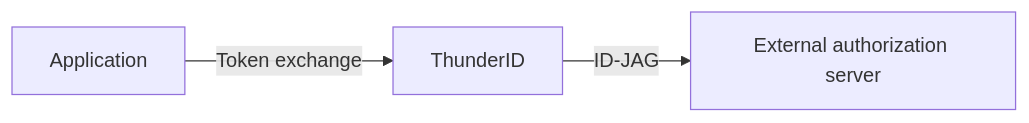
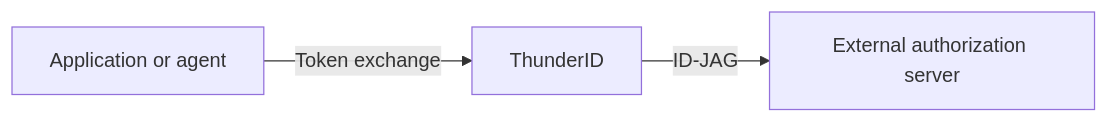
One commit to thiva-k/thunder changed the first of 2 diagrams in docs/content/guides/protocols/oauth-oidc/identity-assertion-grant/index.mdx. Above: the diagram before and after it, drawn with Mermaid. The commit also changed other lines of this file and 41 other files, not shown here.

````diff
--- a/docs/content/guides/protocols/oauth-oidc/identity-assertion-grant/index.mdx
+++ b/docs/content/guides/protocols/oauth-oidc/identity-assertion-grant/index.mdx
@@ -18,5 +18,5 @@
 ```mermaid
 flowchart LR
-  A[Application] -->|Token exchange| T1[ThunderID]
+  A[Application or agent] -->|Token exchange| T1[ThunderID]
   T1 -->|ID-JAG| E[External authorization server]
 ```
````
